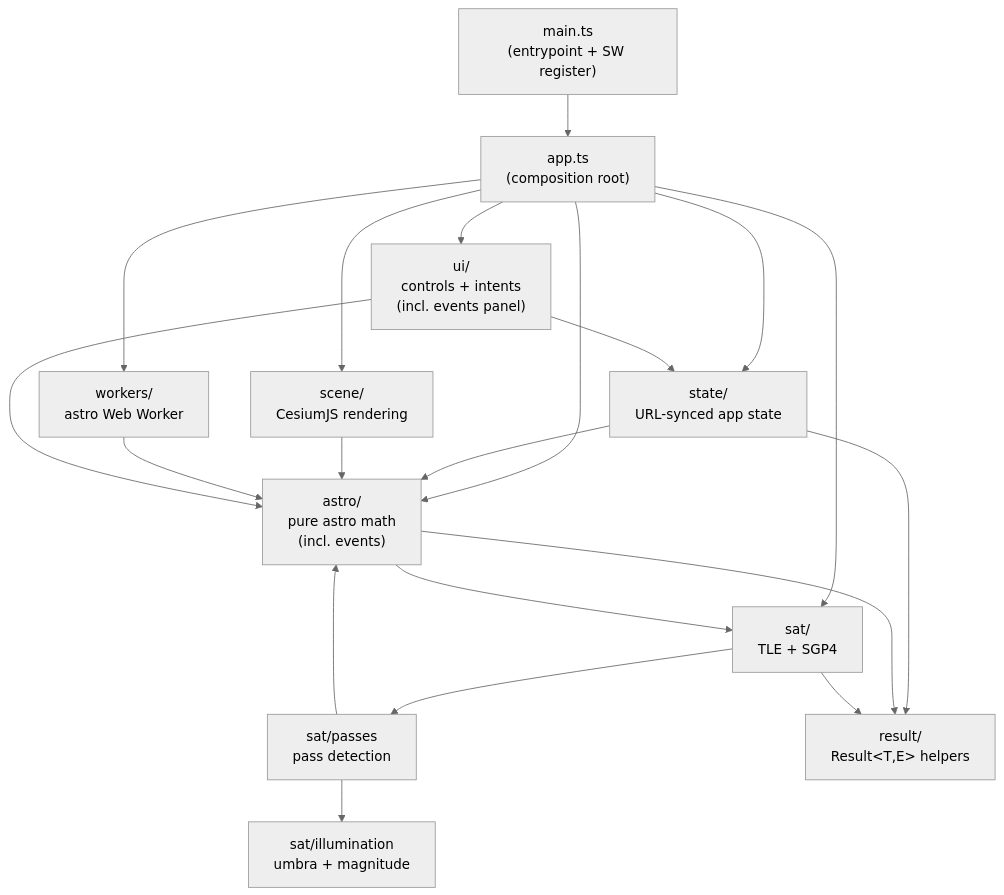
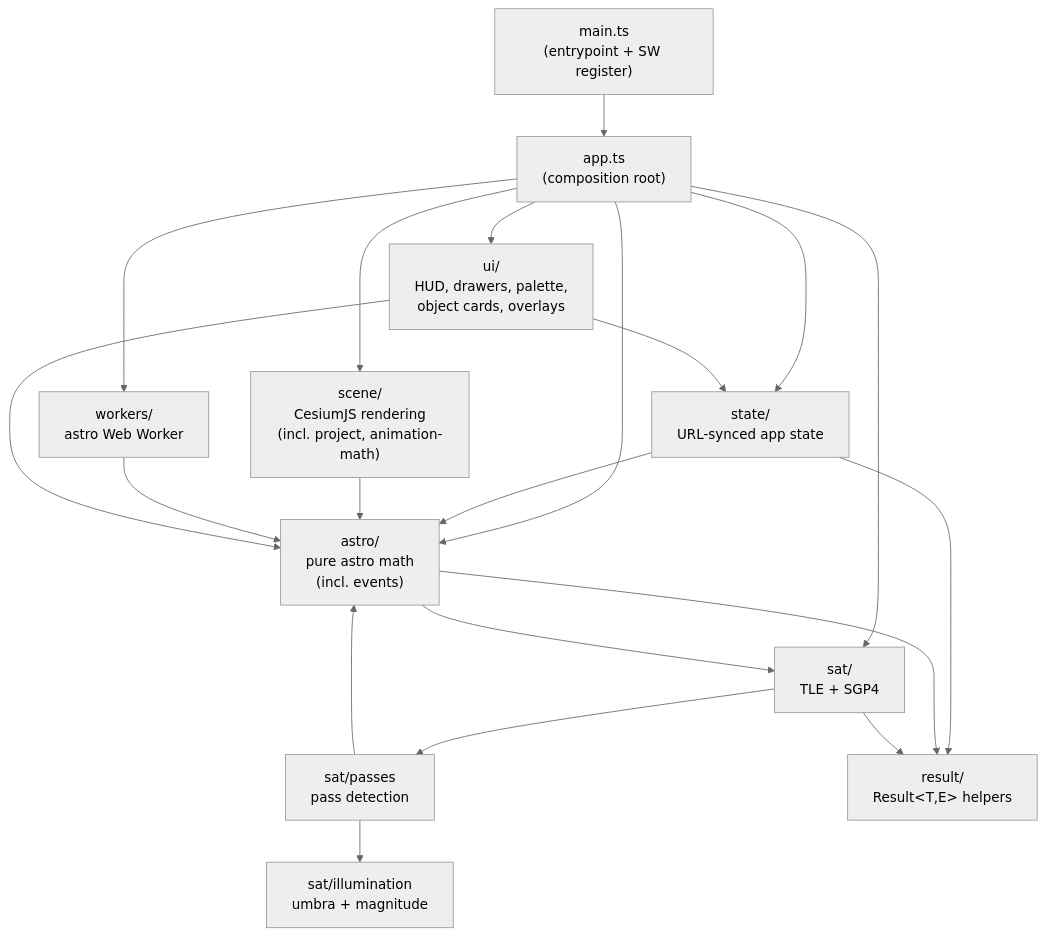
The first of 8 diagrams in docs/architecture.md (robsartin/planisphere), drawn with Mermaid (neutral theme) before and after one commit. The commit also changed other lines of this file and 1 other file, not shown here.

````diff
--- a/docs/architecture.md
+++ b/docs/architecture.md
@@ -11,37 +13,37 @@
 ```mermaid
 graph TD
     app["app.ts<br/>(composition root)"]
     main["main.ts<br/>(entrypoint + SW register)"]
     state["state/<br/>URL-synced app state"]
     astro["astro/<br/>pure astro math<br/>(incl. events)"]
     sat["sat/<br/>TLE + SGP4"]
     passes["sat/passes<br/>pass detection"]
     illum["sat/illumination<br/>umbra + magnitude"]
-    scene["scene/<br/>CesiumJS rendering"]
-    ui["ui/<br/>controls + intents<br/>(incl. events panel)"]
+    scene["scene/<br/>CesiumJS rendering<br/>(incl. project, animation-math)"]
+    ui["ui/<br/>HUD, drawers, palette,<br/>object cards, overlays"]
     workers["workers/<br/>astro Web Worker"]
     result["result/<br/>Result&lt;T,E&gt; helpers"]
 
     main --> app
     app --> state
     app --> astro
     app --> sat
     app --> scene
     app --> ui
     app --> workers
 
     state --> result
     state --> astro
     astro --> result
     astro --> sat
     sat --> result
     sat --> passes
     passes --> illum
     passes --> astro
 
     scene --> astro
     workers --> astro
 
     ui --> state
     ui --> astro
 ```
````
